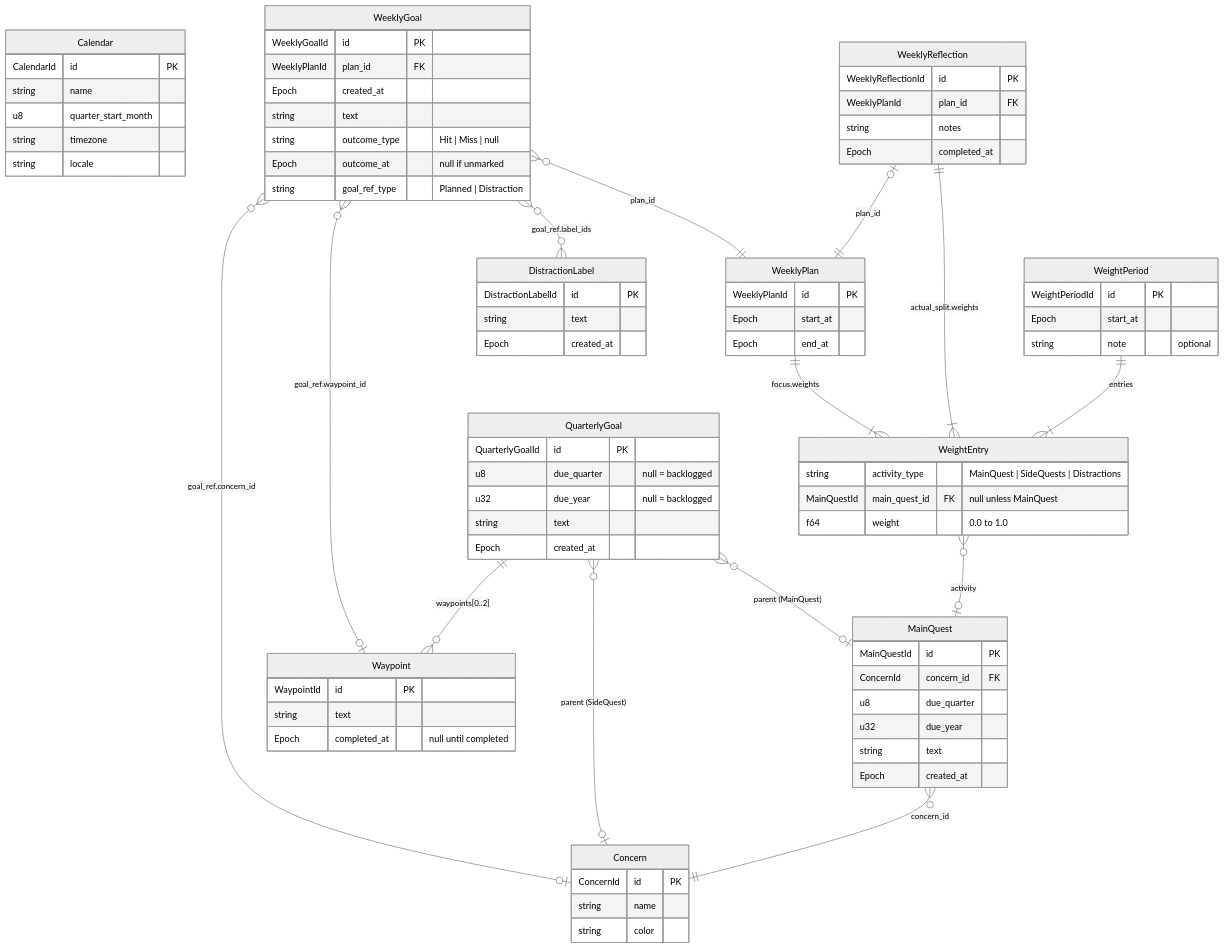
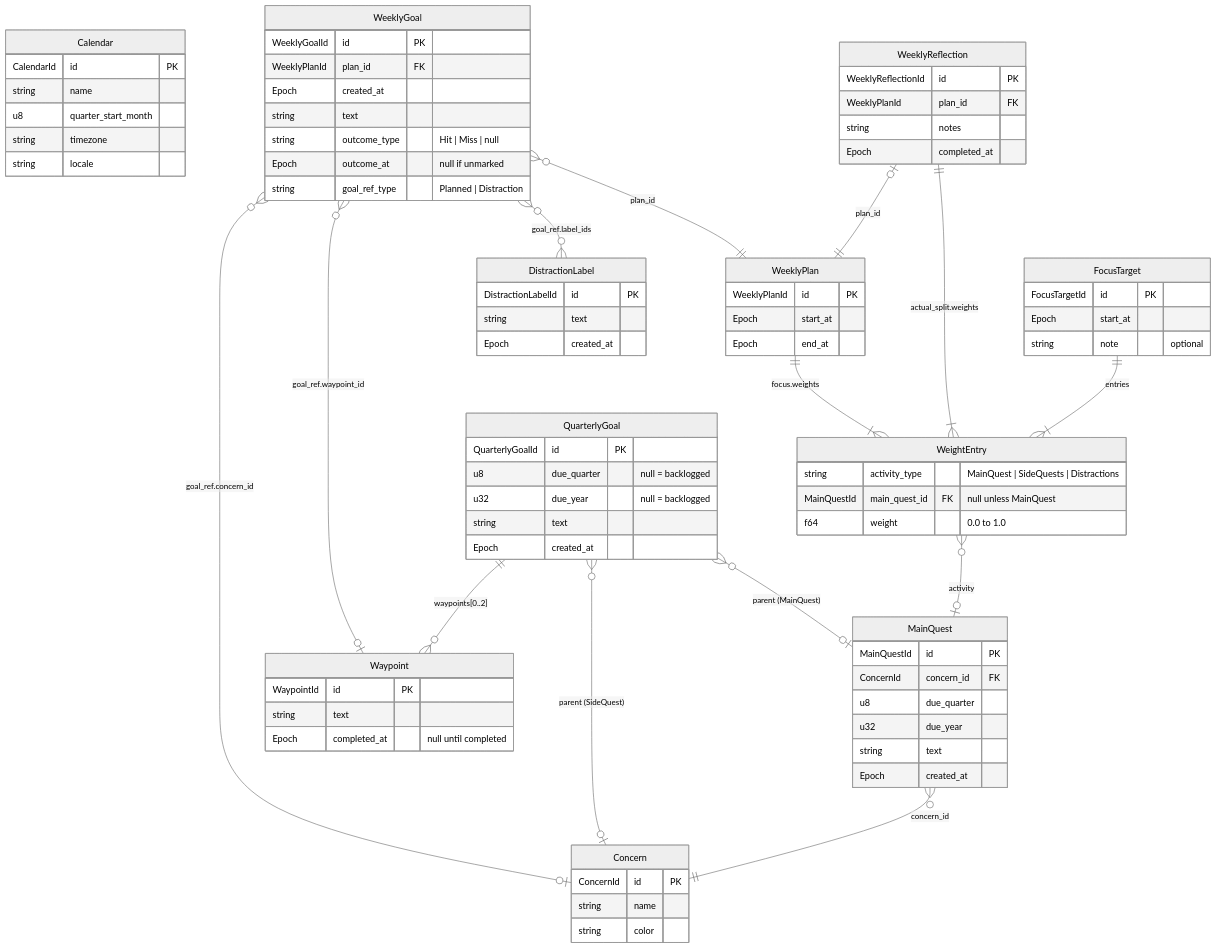
Before and after one commit to yshavit/hrairto: the diagram in src-tauri/src/models/stored.md, drawn with Mermaid (neutral theme). The commit also changed 6 other files, not shown here.

Commit message:
models: rename WeightPeriod → FocusTarget

```diff
--- a/src-tauri/src/models/stored.md
+++ b/src-tauri/src/models/stored.md
@@ -37,8 +37,8 @@
         Epoch completed_at "null until completed"
     }
 
-    WeightPeriod {
-        WeightPeriodId id PK
+    FocusTarget {
+        FocusTargetId id PK
         Epoch start_at
         string note "optional"
     }
@@ -78,7 +78,7 @@
         Epoch created_at
     }
 
-    WeightPeriod ||--|{ WeightEntry : entries
+    FocusTarget ||--|{ WeightEntry : entries
     MainQuest }o--|| Concern : concern_id
     WeeklyReflection ||--|{ WeightEntry : "actual_split.weights"
     WeeklyReflection |o--|| WeeklyPlan : plan_id
```
